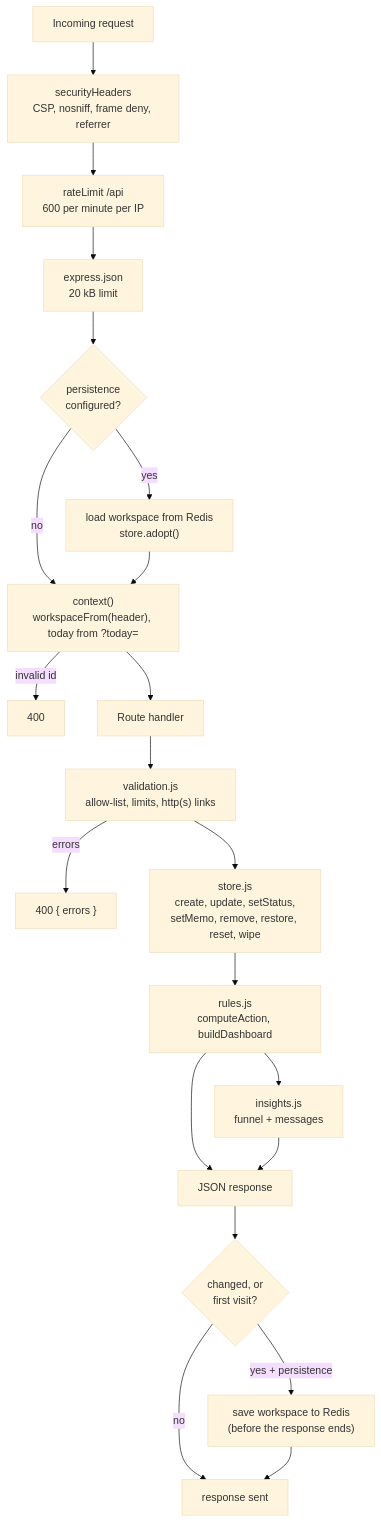
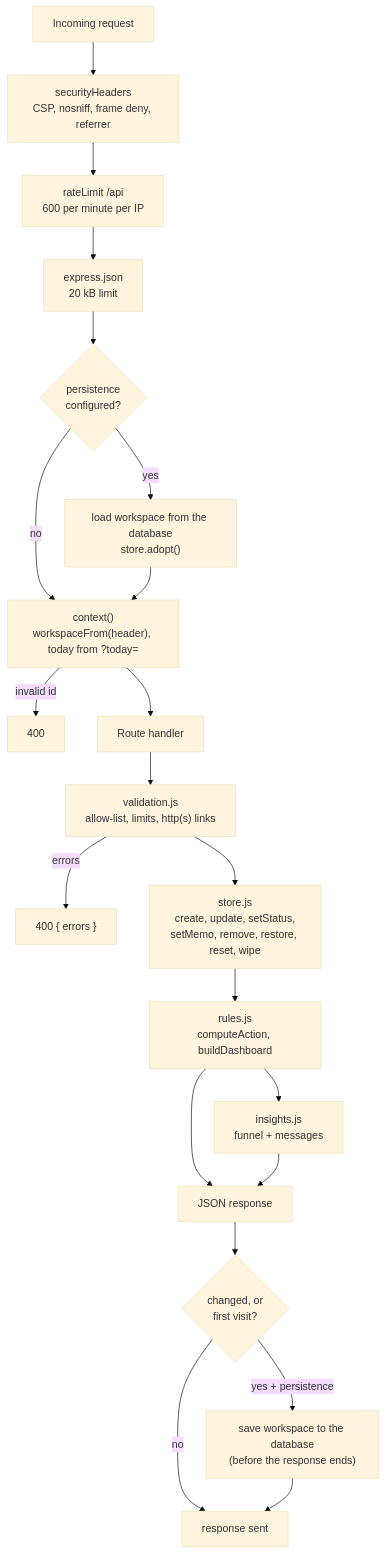
Before and after one commit to someone1709/404owasp: the third of 6 diagrams in docs/ARCHITECTURE.md, drawn with Mermaid (base theme). The commit also changed other lines of this file and 8 other files, not shown here.

````diff
--- a/docs/ARCHITECTURE.md
+++ b/docs/ARCHITECTURE.md
@@ -91,23 +91,23 @@
 ```mermaid
 flowchart TD
   REQ["Incoming request"] --> H["securityHeaders<br/>CSP, nosniff, frame deny, referrer"]
   H --> RL["rateLimit /api<br/>600 per minute per IP"]
   RL --> JSON["express.json<br/>20 kB limit"]
   JSON --> P{"persistence<br/>configured?"}
-  P -- yes --> LOAD["load workspace from Redis<br/>store.adopt()"]
+  P -- yes --> LOAD["load workspace from the database<br/>store.adopt()"]
   P -- no --> CTX
   LOAD --> CTX["context()<br/>workspaceFrom(header), today from ?today="]
   CTX -- "invalid id" --> E400["400"]
   CTX --> ROUTE["Route handler"]
   ROUTE --> V["validation.js<br/>allow-list, limits, http(s) links"]
   V -- "errors" --> E400V["400 { errors }"]
   V --> STORE["store.js<br/>create, update, setStatus,<br/>setMemo, remove, restore, reset, wipe"]
   STORE --> R["rules.js<br/>computeAction, buildDashboard"]
   R --> INS["insights.js<br/>funnel + messages"]
   R --> OUT["JSON response"]
   INS --> OUT
   OUT --> SAVE{"changed, or<br/>first visit?"}
-  SAVE -- "yes + persistence" --> RSAVE["save workspace to Redis<br/>(before the response ends)"]
+  SAVE -- "yes + persistence" --> RSAVE["save workspace to the database<br/>(before the response ends)"]
   SAVE -- no --> DONE["response sent"]
   RSAVE --> DONE
 ```
````
